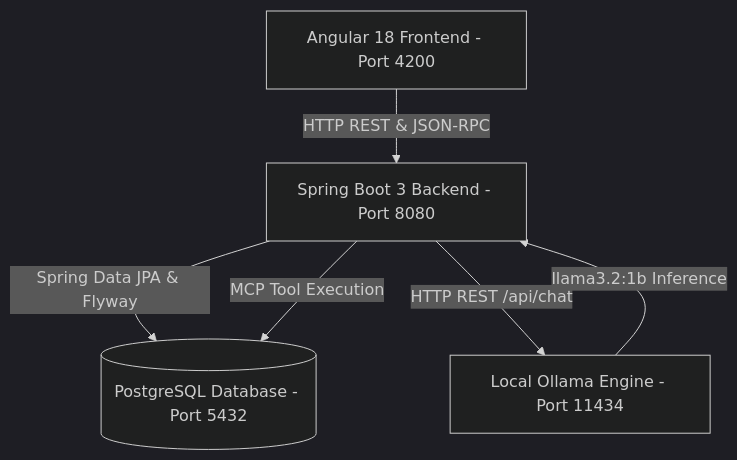
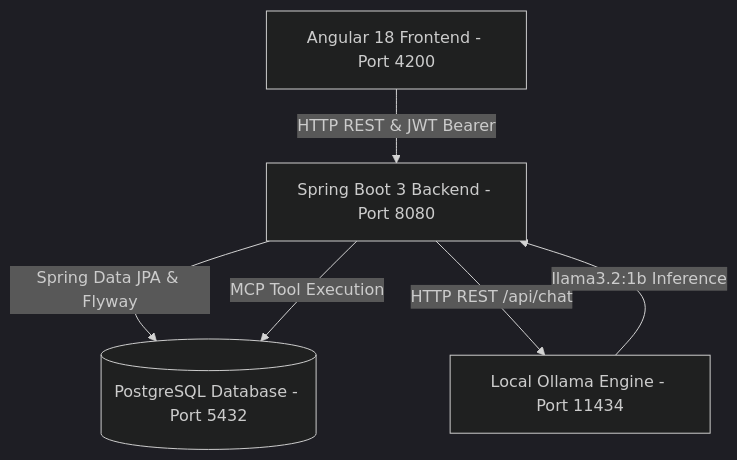
The diagram in PROJECT_DOCUMENTATION.md (VaishnaviMD/flight-booking-system-), drawn with Mermaid (dark theme) before and after one commit. The commit also changed other lines of this file and 8 other files, not shown here.

````diff
--- a/PROJECT_DOCUMENTATION.md
+++ b/PROJECT_DOCUMENTATION.md
@@ -112,8 +119,8 @@
 ```mermaid
 graph TD
-    A[Angular 18 Frontend - Port 4200] -->|HTTP REST & JSON-RPC| B[Spring Boot 3 Backend - Port 8080]
+    A[Angular 18 Frontend - Port 4200] -->|HTTP REST & JWT Bearer| B[Spring Boot 3 Backend - Port 8080]
     B -->|Spring Data JPA & Flyway| C[(PostgreSQL Database - Port 5432)]
     B -->|MCP Tool Execution| C
     B -->|HTTP REST /api/chat| D[Local Ollama Engine - Port 11434]
     D -->|llama3.2:1b Inference| B
 ```
````
